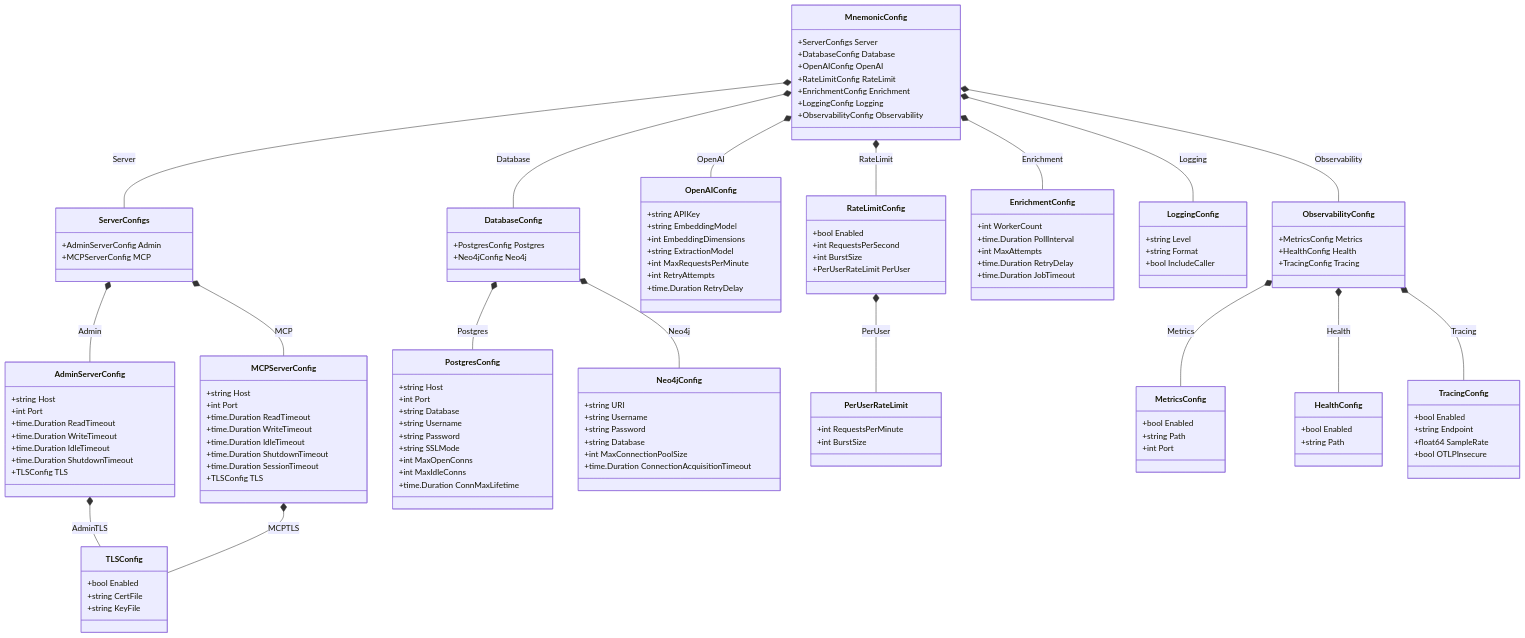
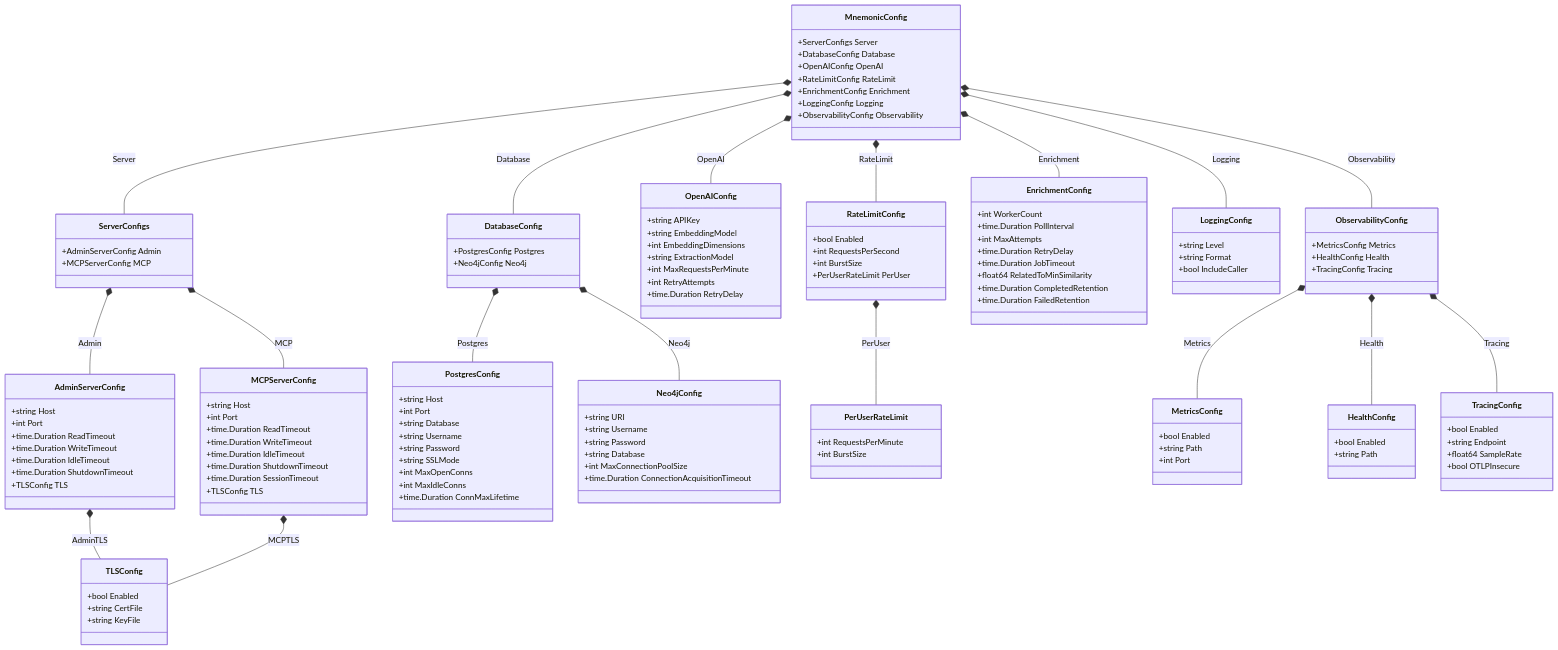
One commit to twistingmercury/mnemonic-mcp changed the second of 2 diagrams in docs/design/configuration.md. Above: the diagram before and after it, drawn with Mermaid. The commit also changed other lines of this file and 4 other files, not shown here.

```diff
--- a/docs/design/configuration.md
+++ b/docs/design/configuration.md
@@ -895,6 +907,9 @@
         +int MaxAttempts
         +time.Duration RetryDelay
         +time.Duration JobTimeout
+        +float64 RelatedToMinSimilarity
+        +time.Duration CompletedRetention
+        +time.Duration FailedRetention
     }
 
     class LoggingConfig {
```
